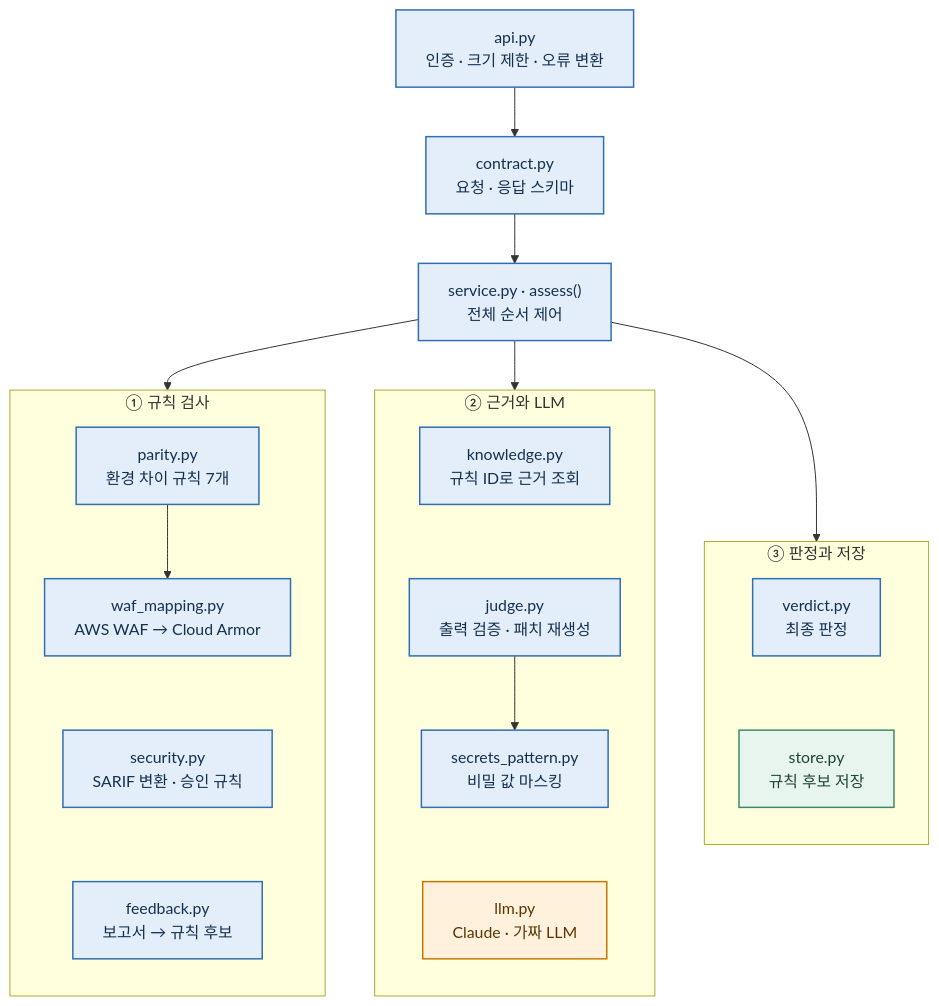
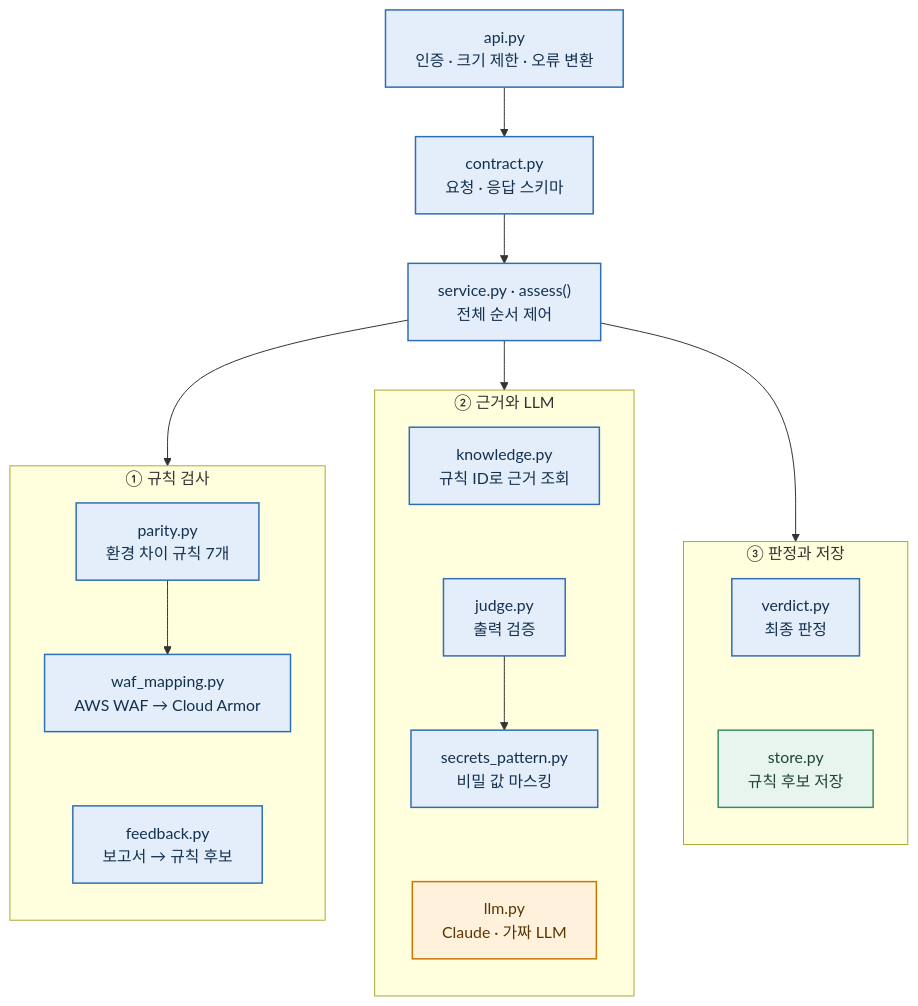
The diagram in services/delta-ai/docs/diagrams/02-internal.mmd (2026-sbh-delta/delta-network-gateway), drawn with Mermaid before and after one commit. The commit also changed 38 other files, not shown here.

```diff
--- a/services/delta-ai/docs/diagrams/02-internal.mmd
+++ b/services/delta-ai/docs/diagrams/02-internal.mmd
@@ -1,41 +1,39 @@
 flowchart TB
   http["api.py<br/>인증 · 크기 제한 · 오류 변환"]:::built --> contract["contract.py<br/>요청 · 응답 스키마"]:::built
   contract --> service["service.py · assess()<br/>전체 순서 제어"]:::built
 
   subgraph checks["① 규칙 검사"]
     direction TB
     parity["parity.py<br/>환경 차이 규칙 7개"]:::built
     waf["waf_mapping.py<br/>AWS WAF → Cloud Armor"]:::built
-    security["security.py<br/>SARIF 변환 · 승인 규칙"]:::built
     feedback["feedback.py<br/>보고서 → 규칙 후보"]:::built
     parity --> waf
-    waf ~~~ security
-    security ~~~ feedback
+    waf ~~~ feedback
   end
   subgraph ai["② 근거와 LLM"]
     direction TB
     knowledge["knowledge.py<br/>규칙 ID로 근거 조회"]:::built
-    judge["judge.py<br/>출력 검증 · 패치 재생성"]:::built
+    judge["judge.py<br/>출력 검증"]:::built
     secrets["secrets_pattern.py<br/>비밀 값 마스킹"]:::built
     llm["llm.py<br/>Claude · 가짜 LLM"]:::ext
     knowledge ~~~ judge
     judge --> secrets
     secrets ~~~ llm
   end
   subgraph result["③ 판정과 저장"]
     direction TB
     verdict["verdict.py<br/>최종 판정"]:::built
     store["store.py<br/>규칙 후보 저장"]:::store
     verdict ~~~ store
   end
   service --> checks
   service --> ai
   service --> result
 
   classDef built fill:#E3EEFA,stroke:#2F6DB5,stroke-width:1.5px,color:#14304F
   classDef planned fill:#F4F5F7,stroke:#7C8794,stroke-width:1.5px,stroke-dasharray:6 4,color:#39424D
   classDef ext fill:#FFF1DC,stroke:#C77700,stroke-width:1.5px,color:#5A3600
   classDef store fill:#E8F5EE,stroke:#3C8A63,stroke-width:1.5px,color:#1D4532
   classDef ok fill:#DDF3E5,stroke:#1F8A4C,stroke-width:2px,color:#114A2A
   classDef warn fill:#FCEFC9,stroke:#B57F00,stroke-width:2px,color:#5A3F00
   classDef bad fill:#FBE1DF,stroke:#BF3B36,stroke-width:2px,color:#6C1E1A
```
